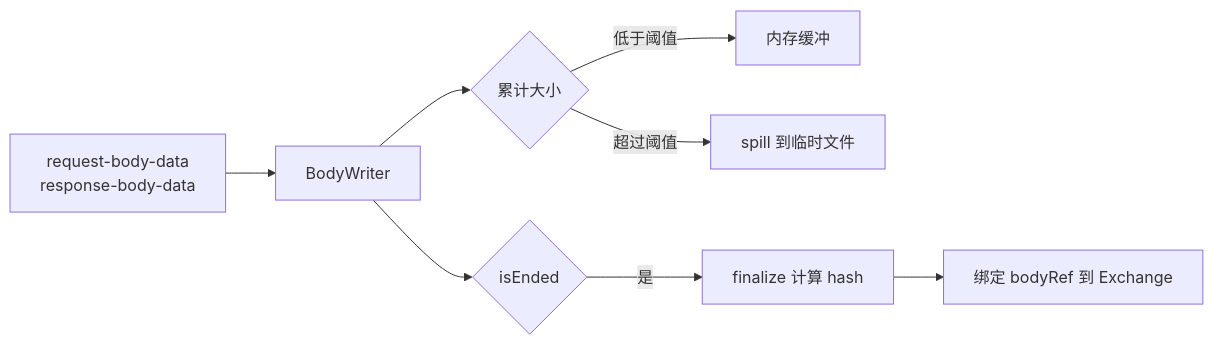
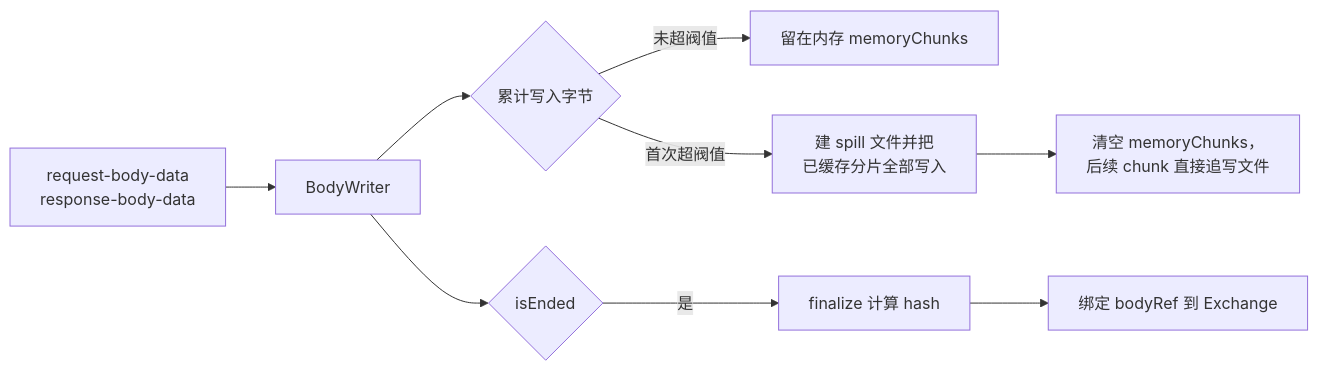
Before and after one commit to zhxmt-xm/Interceptor: diagram 11 of 13 in architecture/feature-capture.md, drawn with Mermaid. The commit also changed other lines of this file and 28 other files, not shown here.

````diff
--- a/architecture/feature-capture.md
+++ b/architecture/feature-capture.md
@@ -418,10 +891,11 @@
 ```mermaid
 flowchart LR
     A["request-body-data<br/>response-body-data"] --> B["BodyWriter"]
-    B --> C{"累计大小"}
-    C -->|"低于阈值"| D["内存缓冲"]
-    C -->|"超过阈值"| E["spill 到临时文件"]
+    B --> C{"累计写入字节"}
+    C -->|"未超阀值"| D["留在内存 memoryChunks"]
+    C -->|"首次超阀值"| E["建 spill 文件并把<br/>已缓存分片全部写入"]
+    E --> E2["清空 memoryChunks，<br/>后续 chunk 直接追写文件"]
     B --> F{"isEnded"}
     F -->|"是"| G["finalize 计算 hash"]
     G --> H["绑定 bodyRef 到 Exchange"]
 ```
````
